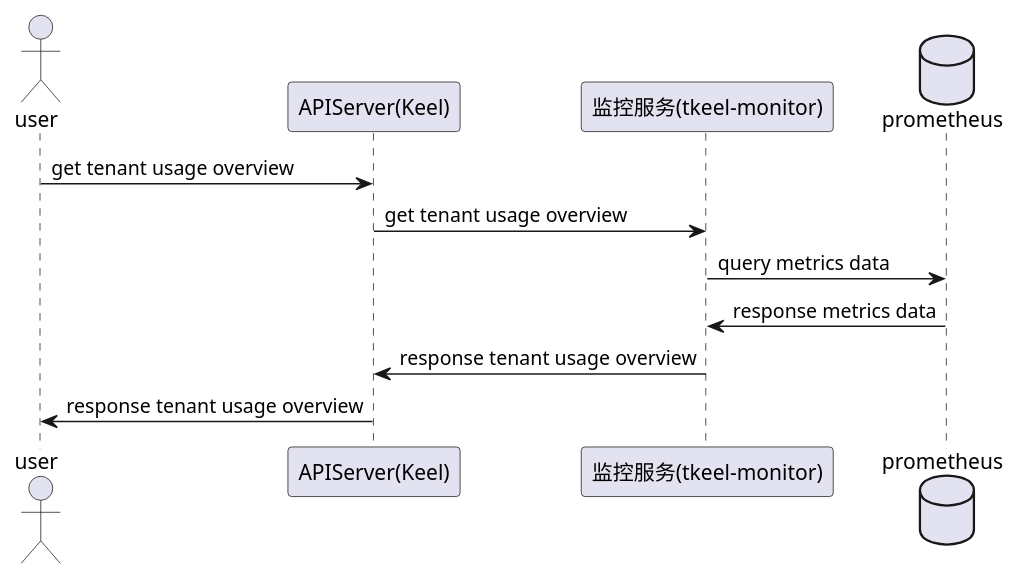
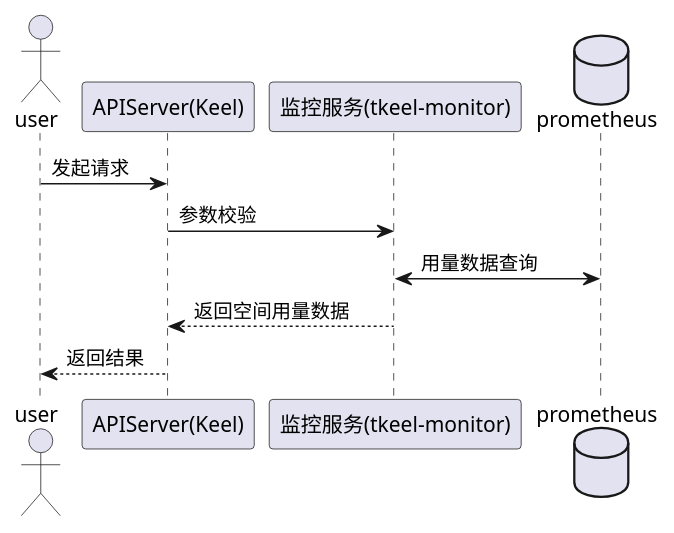
Before and after one commit to tkeel-io/docs: the first of 4 diagrams in docs/api/appendix/plantuml/metrics-monitor.md, drawn with PlantUML. The commit also changed other lines of this file and 2 other files, not shown here.

````diff
--- a/docs/api/appendix/plantuml/metrics-monitor.md
+++ b/docs/api/appendix/plantuml/metrics-monitor.md
@@ -5,13 +5,14 @@
 ```plantuml
+@startuml
 actor user
 participant "APIServer(Keel)"  as keel
 participant “监控服务(tkeel-monitor)” as tkeelMmonitor
 database prometheus
 
-user->keel: get tenant usage overview
-keel->tkeelMmonitor: get tenant usage overview
-tkeelMmonitor->prometheus: query metrics data 
-prometheus->tkeelMmonitor: response metrics data 
-tkeelMmonitor->keel: response tenant usage overview
-keel->user: response tenant usage overview
+user->keel: 发起请求
+keel->tkeelMmonitor: 参数校验
+tkeelMmonitor<->prometheus: 用量数据查询
+tkeelMmonitor-->keel: 返回空间用量数据
+keel-->user: 返回结果
+@enduml
 ```
````
